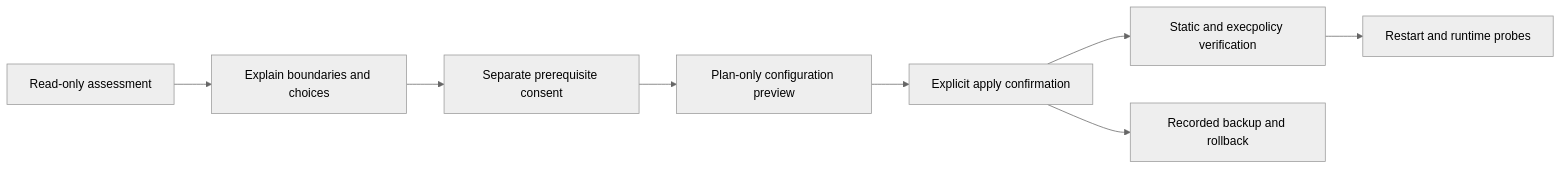
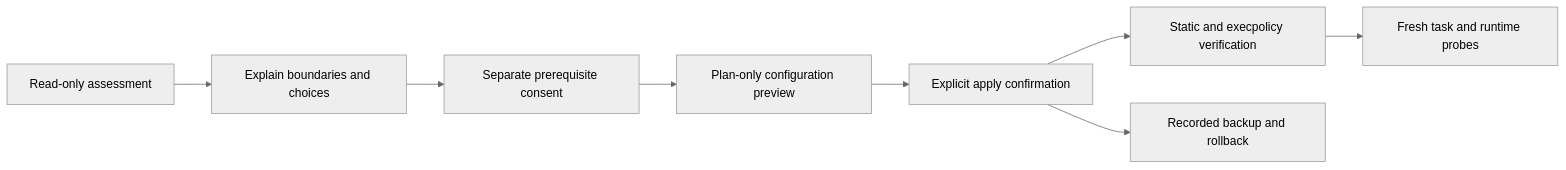
The diagram in docs/how-it-works.md (QianQIUlp/codex-safe-setup), drawn with Mermaid (neutral theme) before and after one commit. The commit also changed other lines of this file and 40 other files, not shown here.

````diff
--- a/docs/how-it-works.md
+++ b/docs/how-it-works.md
@@ -7,10 +7,10 @@
 ```mermaid
 flowchart LR
     A["Read-only assessment"] --> B["Explain boundaries and choices"]
     B --> C["Separate prerequisite consent"]
     C --> D["Plan-only configuration preview"]
     D --> E["Explicit apply confirmation"]
     E --> F["Static and execpolicy verification"]
-    F --> G["Restart and runtime probes"]
+    F --> G["Fresh task and runtime probes"]
     E --> H["Recorded backup and rollback"]
 ```
````
